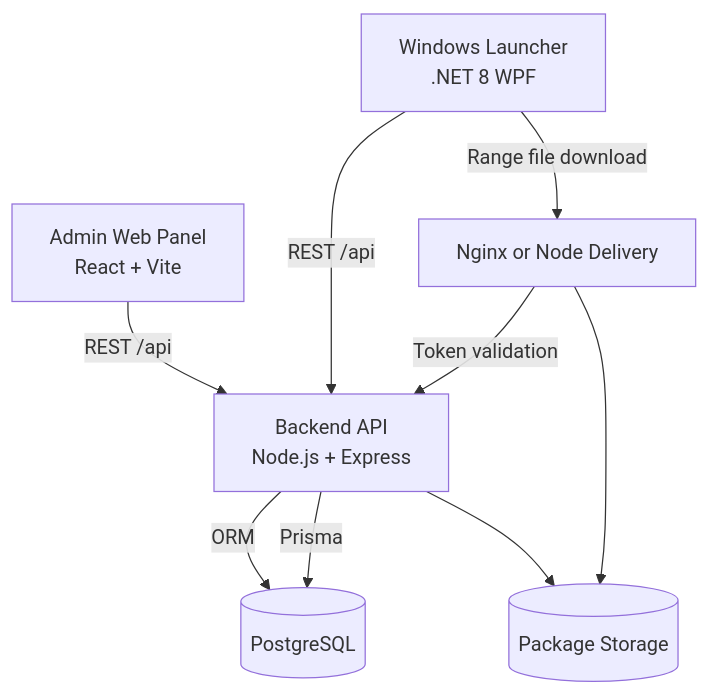
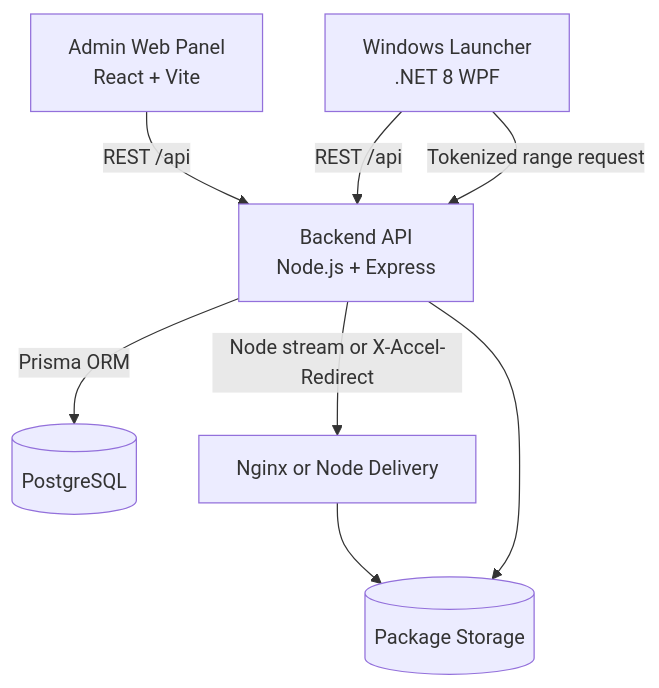
Before and after one commit to nsmony/VIZZIO_Deployment_Platform: the first of 5 diagrams in README.md, drawn with Mermaid. The commit also changed other lines of this file and 21 other files, not shown here.

````diff
--- a/README.md
+++ b/README.md
@@ -32,11 +32,10 @@
 ```mermaid
 graph TD
     A[Admin Web Panel\nReact + Vite] -->|REST /api| B[Backend API\nNode.js + Express]
     L[Windows Launcher\n.NET 8 WPF] -->|REST /api| B
-    B -->|ORM| D[(PostgreSQL)]
-    B -->|Prisma| D
-    L -->|Range file download| F[Nginx or Node Delivery]
-    F -->|Token validation| B
+    B -->|Prisma ORM| D[(PostgreSQL)]
+    L -->|Tokenized range request| B
+    B -->|Node stream or X-Accel-Redirect| F[Nginx or Node Delivery]
     F --> S[(Package Storage)]
     B --> S
 ```
````
